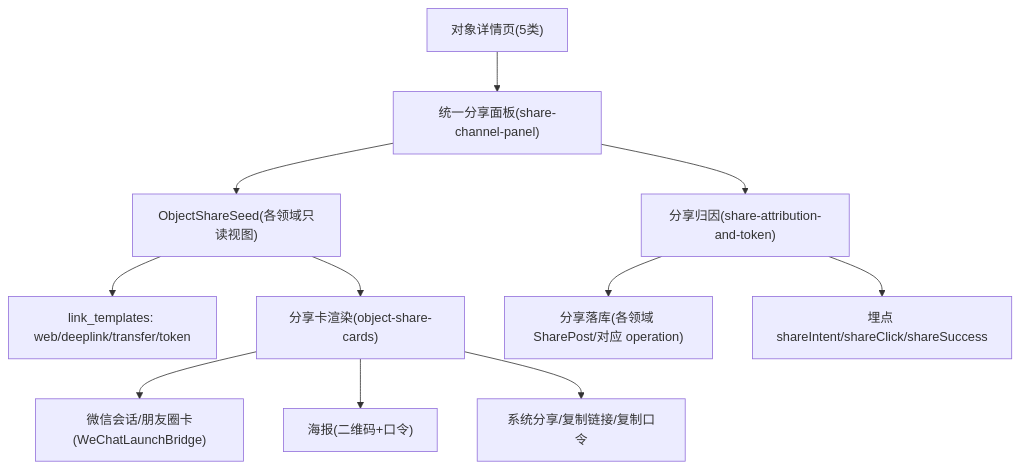
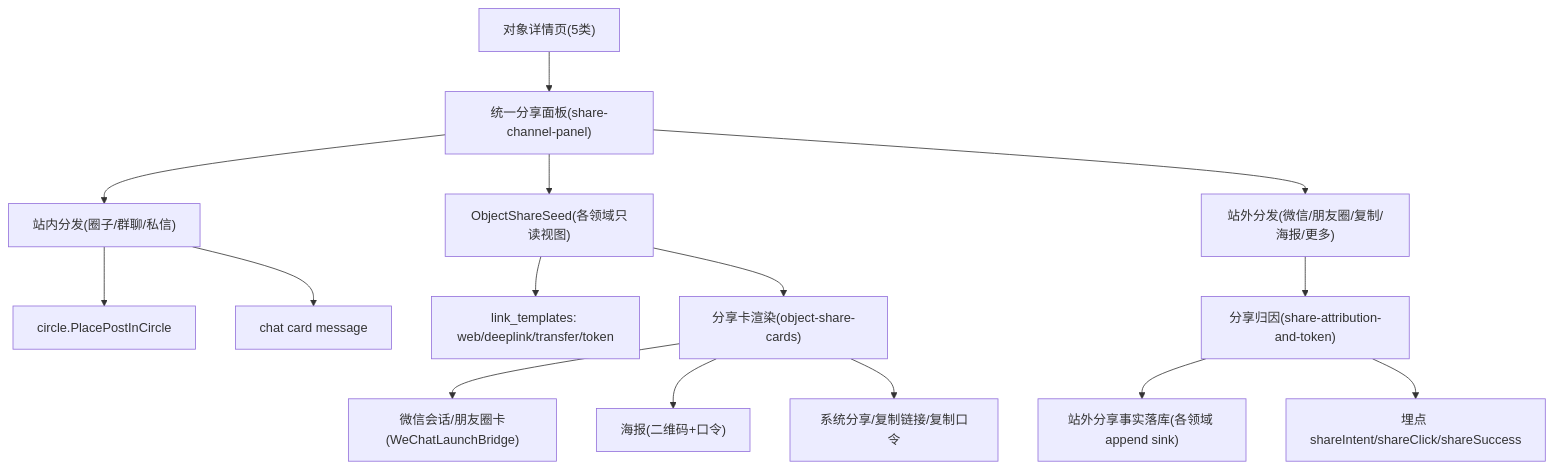
The first of 2 diagrams in specs/feature-tree/product-ops-growth/outbound-share-distribution/design.md (openstudio2022/quwoquan), drawn with Mermaid before and after one commit. The commit also changed other lines of this file and 11610 other files, not shown here.

````diff
--- a/specs/feature-tree/product-ops-growth/outbound-share-distribution/design.md
+++ b/specs/feature-tree/product-ops-growth/outbound-share-distribution/design.md
@@ -7,13 +7,17 @@
 ```mermaid
 flowchart TB
   detail["对象详情页(5类)"] --> panel["统一分享面板(share-channel-panel)"]
+  panel --> internal["站内分发(圈子/群聊/私信)"]
+  internal --> circlePlacement["circle.PlacePostInCircle"]
+  internal --> chatCard["chat card message"]
   panel --> seed["ObjectShareSeed(各领域只读视图)"]
   seed --> linkSrc["link_templates: web/deeplink/transfer/token"]
   seed --> cards["分享卡渲染(object-share-cards)"]
   cards --> wx["微信会话/朋友圈卡(WeChatLaunchBridge)"]
   cards --> poster["海报(二维码+口令)"]
   cards --> sys["系统分享/复制链接/复制口令"]
-  panel --> attr["分享归因(share-attribution-and-token)"]
-  attr --> persist["分享落库(各领域 SharePost/对应 operation)"]
+  panel --> external["站外分发(微信/朋友圈/复制/海报/更多)"]
+  external --> attr["分享归因(share-attribution-and-token)"]
+  attr --> persist["站外分享事实落库(各领域 append sink)"]
   attr --> track["埋点 shareIntent/shareClick/shareSuccess"]
 ```
````
